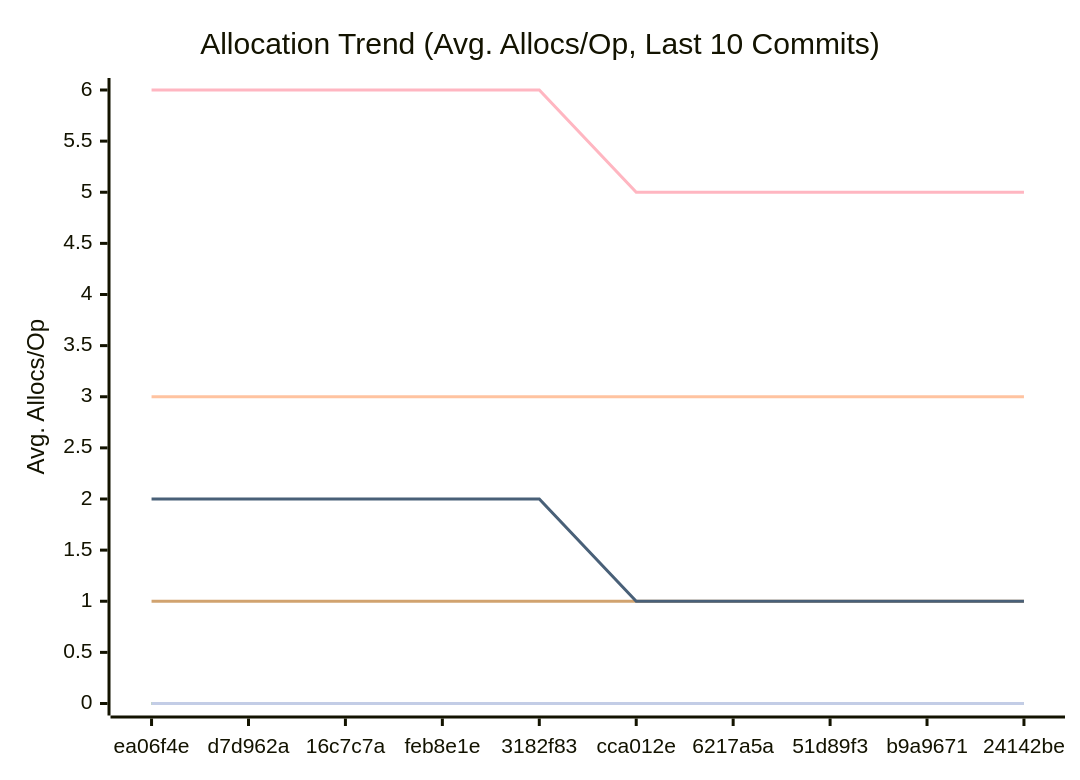
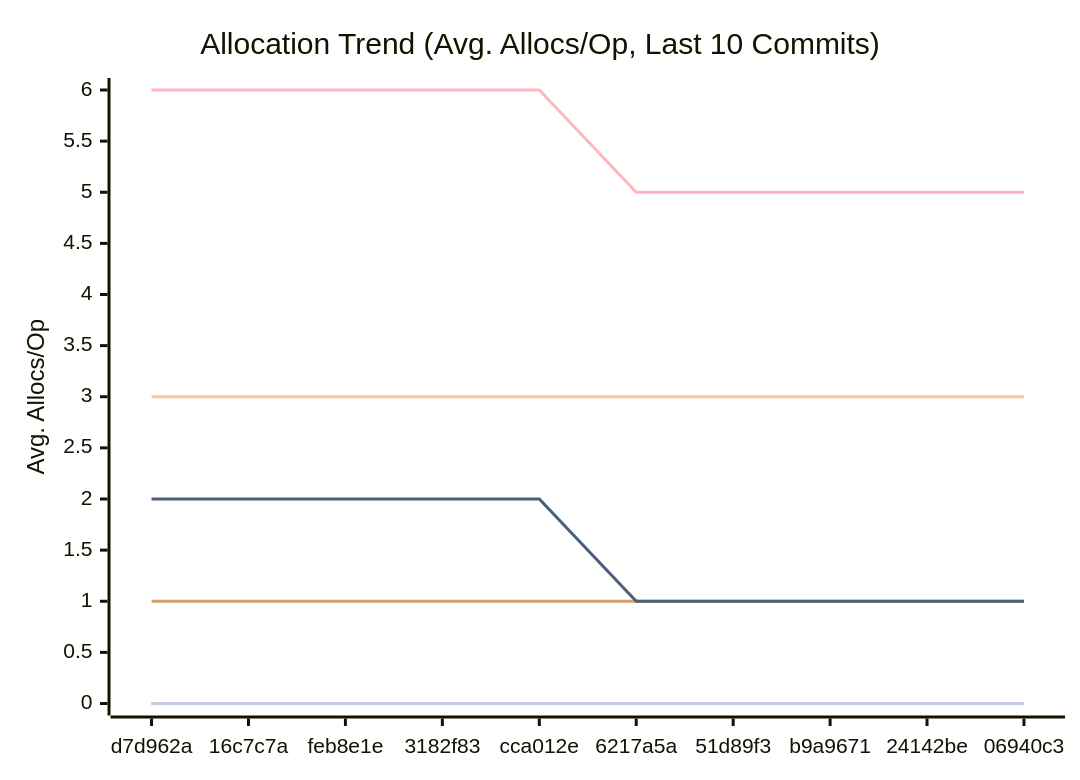
Before and after one commit to alsotoes/momo: the third of 3 diagrams in docs/PERFORMANCE.md, drawn with Mermaid. The commit also changed other lines of this file and 5 other files, not shown here.

````diff
--- a/docs/PERFORMANCE.md
+++ b/docs/PERFORMANCE.md
@@ -114,16 +114,16 @@
 ```mermaid
 xychart-beta
     title "Allocation Trend (Avg. Allocs/Op, Last 10 Commits)"
     x-axis "Commit"
     y-axis "Avg. Allocs/Op"
-    x-axis [ea06f4e,d7d962a,16c7c7a,feb8e1e,3182f83,cca012e,6217a5a,51d89f3,b9a9671,24142be]
+    x-axis [d7d962a,16c7c7a,feb8e1e,3182f83,cca012e,6217a5a,51d89f3,b9a9671,24142be,06940c3]
     line "CheckMetricsAndSwap" [0,0,0,0,0,0,0,0,0,0]
     line "CrushOptimized" [0,0,0,0,0,0,0,0,0,0]
     line "CrushOriginal" [3,3,3,3,3,3,3,3,3,3]
     line "IndexDirectTracking" [0,0,0,0,0,0,0,0,0,0]
     line "IndexSearch" [0,0,0,0,0,0,0,0,0,0]
     line "LoadGlobalConfig" [1,1,1,1,1,1,1,1,1,1]
     line "PadString" [0,0,0,0,0,0,0,0,0,0]
     line "ParseReplicationOrder_NoPrealloc" [6,6,6,6,6,5,5,5,5,5]
     line "ParseReplicationOrder_Prealloc" [2,2,2,2,2,1,1,1,1,1]
 ```
````
